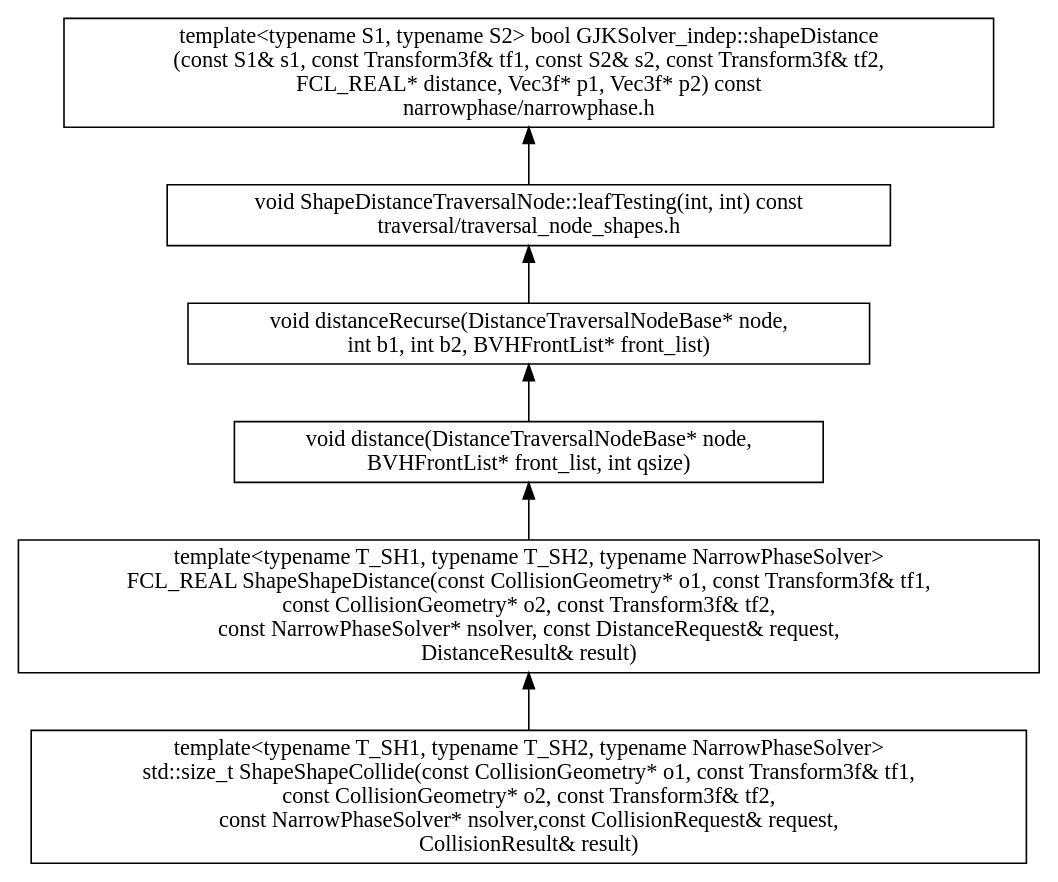
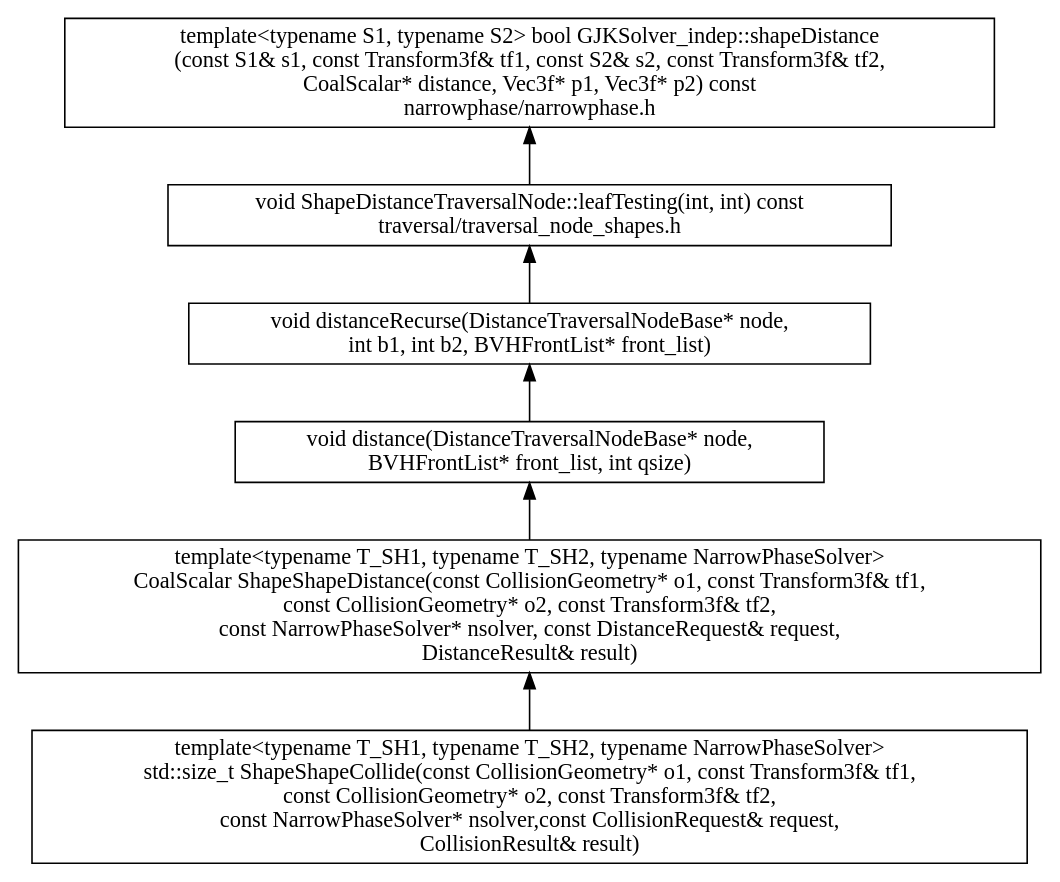
One commit to humanoid-path-planner/hpp-fcl changed the diagram in doc/shape-shape-collision-call.dot. Above: the diagram before and after it, drawn with Graphviz. The commit also changed 170 other files, not shown here.

Commit message:
all: rename `FCL_REAL` to `CoalScalar`

```diff
--- a/doc/shape-shape-collision-call.dot
+++ b/doc/shape-shape-collision-call.dot
@@ -1,19 +1,19 @@
 digraph CD  {
 
 	rankdir = BT
 	compound=true
         size = 11.7
 
         "template<typename T_SH1, typename T_SH2, typename NarrowPhaseSolver>\nstd::size_t ShapeShapeCollide(const CollisionGeometry* o1, const Transform3f& tf1,\nconst CollisionGeometry* o2, const Transform3f& tf2,\nconst NarrowPhaseSolver* nsolver,const CollisionRequest& request,\nCollisionResult& result)" [shape = box]
-        "template<typename T_SH1, typename T_SH2, typename NarrowPhaseSolver>\nFCL_REAL ShapeShapeDistance(const CollisionGeometry* o1, const Transform3f& tf1,\nconst CollisionGeometry* o2, const Transform3f& tf2,\nconst NarrowPhaseSolver* nsolver, const DistanceRequest& request,\nDistanceResult& result)" [shape = box]
+        "template<typename T_SH1, typename T_SH2, typename NarrowPhaseSolver>\nCoalScalar ShapeShapeDistance(const CollisionGeometry* o1, const Transform3f& tf1,\nconst CollisionGeometry* o2, const Transform3f& tf2,\nconst NarrowPhaseSolver* nsolver, const DistanceRequest& request,\nDistanceResult& result)" [shape = box]
         "void distance(DistanceTraversalNodeBase* node,\nBVHFrontList* front_list, int qsize)" [shape = box]
         "void distanceRecurse(DistanceTraversalNodeBase* node,\nint b1, int b2, BVHFrontList* front_list)" [shape = box]
         "void ShapeDistanceTraversalNode::leafTesting(int, int) const\ntraversal/traversal_node_shapes.h" [shape = box]
-        "template<typename S1, typename S2> bool GJKSolver_indep::shapeDistance\n(const S1& s1, const Transform3f& tf1, const S2& s2, const Transform3f& tf2,\nFCL_REAL* distance, Vec3f* p1, Vec3f* p2) const\nnarrowphase/narrowphase.h" [shape = box]
+        "template<typename S1, typename S2> bool GJKSolver_indep::shapeDistance\n(const S1& s1, const Transform3f& tf1, const S2& s2, const Transform3f& tf2,\nCoalScalar* distance, Vec3f* p1, Vec3f* p2) const\nnarrowphase/narrowphase.h" [shape = box]
 
-        "template<typename T_SH1, typename T_SH2, typename NarrowPhaseSolver>\nstd::size_t ShapeShapeCollide(const CollisionGeometry* o1, const Transform3f& tf1,\nconst CollisionGeometry* o2, const Transform3f& tf2,\nconst NarrowPhaseSolver* nsolver,const CollisionRequest& request,\nCollisionResult& result)" -> "template<typename T_SH1, typename T_SH2, typename NarrowPhaseSolver>\nFCL_REAL ShapeShapeDistance(const CollisionGeometry* o1, const Transform3f& tf1,\nconst CollisionGeometry* o2, const Transform3f& tf2,\nconst NarrowPhaseSolver* nsolver, const DistanceRequest& request,\nDistanceResult& result)"
-        "template<typename T_SH1, typename T_SH2, typename NarrowPhaseSolver>\nFCL_REAL ShapeShapeDistance(const CollisionGeometry* o1, const Transform3f& tf1,\nconst CollisionGeometry* o2, const Transform3f& tf2,\nconst NarrowPhaseSolver* nsolver, const DistanceRequest& request,\nDistanceResult& result)" -> "void distance(DistanceTraversalNodeBase* node,\nBVHFrontList* front_list, int qsize)"
+        "template<typename T_SH1, typename T_SH2, typename NarrowPhaseSolver>\nstd::size_t ShapeShapeCollide(const CollisionGeometry* o1, const Transform3f& tf1,\nconst CollisionGeometry* o2, const Transform3f& tf2,\nconst NarrowPhaseSolver* nsolver,const CollisionRequest& request,\nCollisionResult& result)" -> "template<typename T_SH1, typename T_SH2, typename NarrowPhaseSolver>\nCoalScalar ShapeShapeDistance(const CollisionGeometry* o1, const Transform3f& tf1,\nconst CollisionGeometry* o2, const Transform3f& tf2,\nconst NarrowPhaseSolver* nsolver, const DistanceRequest& request,\nDistanceResult& result)"
+        "template<typename T_SH1, typename T_SH2, typename NarrowPhaseSolver>\nCoalScalar ShapeShapeDistance(const CollisionGeometry* o1, const Transform3f& tf1,\nconst CollisionGeometry* o2, const Transform3f& tf2,\nconst NarrowPhaseSolver* nsolver, const DistanceRequest& request,\nDistanceResult& result)" -> "void distance(DistanceTraversalNodeBase* node,\nBVHFrontList* front_list, int qsize)"
         "void distance(DistanceTraversalNodeBase* node,\nBVHFrontList* front_list, int qsize)" -> "void distanceRecurse(DistanceTraversalNodeBase* node,\nint b1, int b2, BVHFrontList* front_list)"
         "void distanceRecurse(DistanceTraversalNodeBase* node,\nint b1, int b2, BVHFrontList* front_list)" -> "void ShapeDistanceTraversalNode::leafTesting(int, int) const\ntraversal/traversal_node_shapes.h"
-        "void ShapeDistanceTraversalNode::leafTesting(int, int) const\ntraversal/traversal_node_shapes.h" -> "template<typename S1, typename S2> bool GJKSolver_indep::shapeDistance\n(const S1& s1, const Transform3f& tf1, const S2& s2, const Transform3f& tf2,\nFCL_REAL* distance, Vec3f* p1, Vec3f* p2) const\nnarrowphase/narrowphase.h"
+        "void ShapeDistanceTraversalNode::leafTesting(int, int) const\ntraversal/traversal_node_shapes.h" -> "template<typename S1, typename S2> bool GJKSolver_indep::shapeDistance\n(const S1& s1, const Transform3f& tf1, const S2& s2, const Transform3f& tf2,\nCoalScalar* distance, Vec3f* p1, Vec3f* p2) const\nnarrowphase/narrowphase.h"
 }
```
